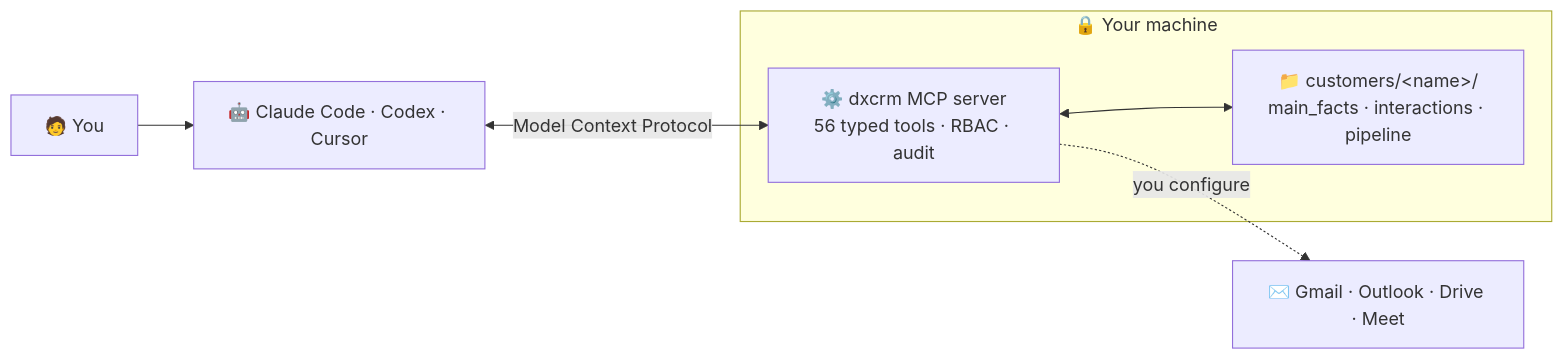
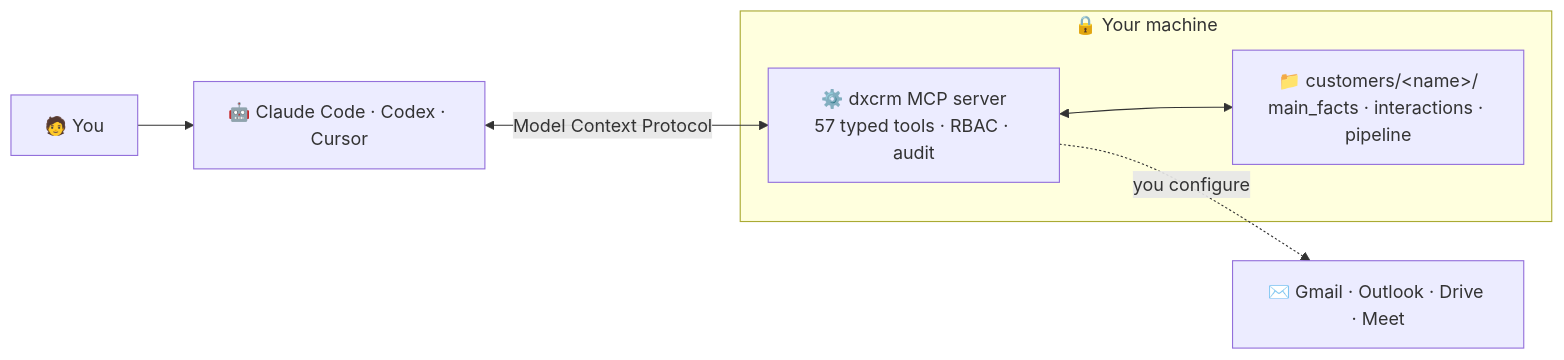
The diagram in README.md (datasynx-ai/datasynx-crm), drawn with Mermaid before and after one commit. The commit also changed other lines of this file and 1 other file, not shown here.

First line of the commit message:
docs: reconcile tool/command counts to 57 tools / 53 commands

````diff
--- a/README.md
+++ b/README.md
@@ -61,13 +61,13 @@
 ```mermaid
 flowchart LR
     You["🧑 You"] --> Agent
     Agent["🤖 Claude Code · Codex · Cursor"] <-->|Model Context Protocol| MCP
 
     subgraph local["🔒 Your machine"]
-        MCP["⚙️ dxcrm MCP server<br/>56 typed tools · RBAC · audit"]
+        MCP["⚙️ dxcrm MCP server<br/>57 typed tools · RBAC · audit"]
         Files["📁 customers/&lt;name&gt;/<br/>main_facts · interactions · pipeline"]
         MCP <--> Files
     end
 
     MCP -. you configure .-> Ext["✉️ Gmail · Outlook · Drive · Meet"]
 ```
````
